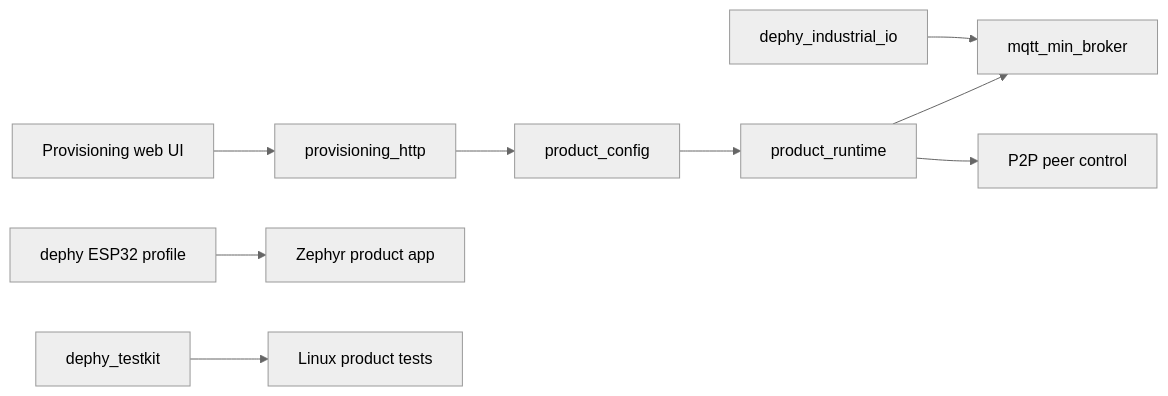
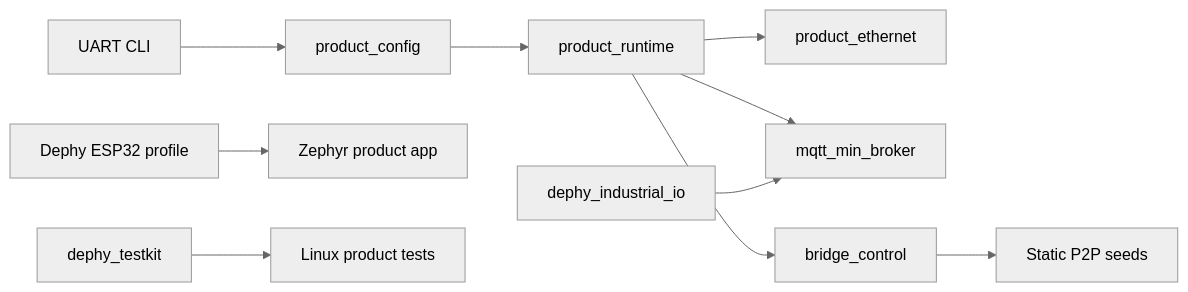
The first of 2 diagrams in README.md (judadao/mqtt_field_bridge_app), drawn with Mermaid (neutral theme) before and after one commit. The commit also changed other lines of this file and 1 other file, not shown here.

````diff
--- a/README.md
+++ b/README.md
@@ -180,11 +140,12 @@
 ```mermaid
 flowchart LR
-    UI[Provisioning web UI] --> HTTP[provisioning_http]
-    HTTP --> Config[product_config]
+    CLI[UART CLI] --> Config[product_config]
     Config --> Runtime[product_runtime]
+    Runtime --> Net[product_ethernet]
     Runtime --> Broker[mqtt_min_broker]
-    Runtime --> P2P[P2P peer control]
+    Runtime --> Bridge[bridge_control]
+    Bridge --> P2P[Static P2P seeds]
     IO[dephy_industrial_io] --> Broker
-    Board[dephy ESP32 profile] --> App[Zephyr product app]
+    Board[Dephy ESP32 profile] --> App[Zephyr product app]
     Testkit[dephy_testkit] --> Tests[Linux product tests]
 ```
````
